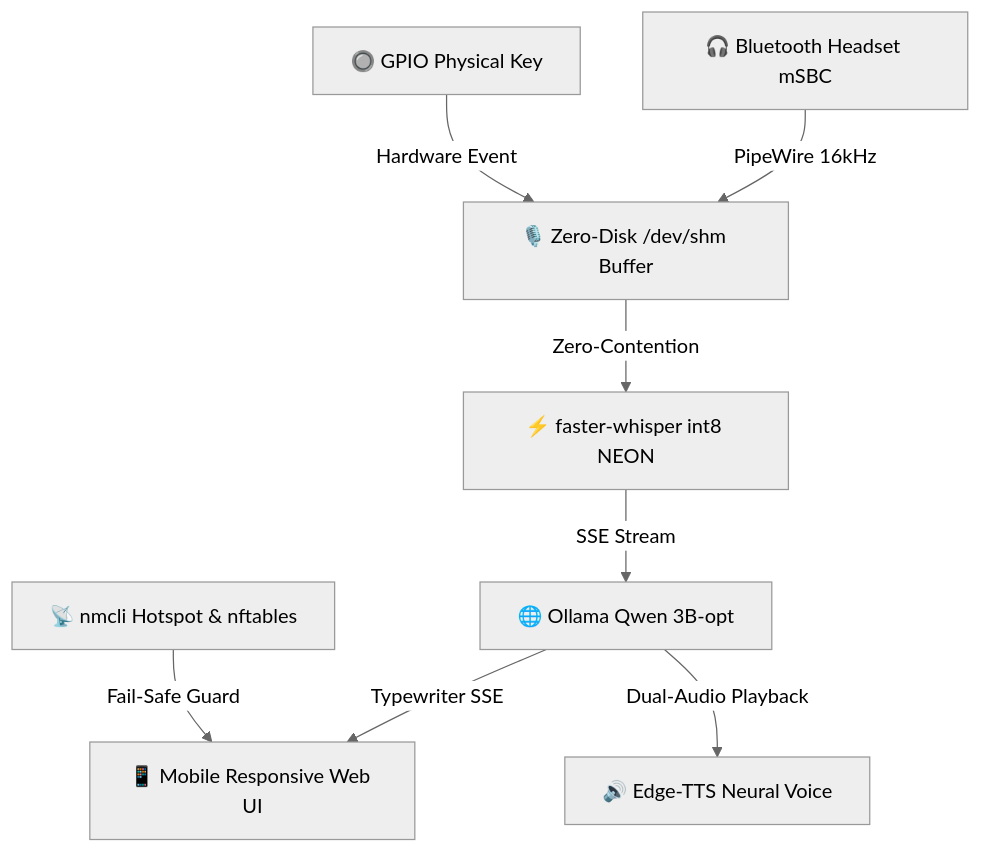
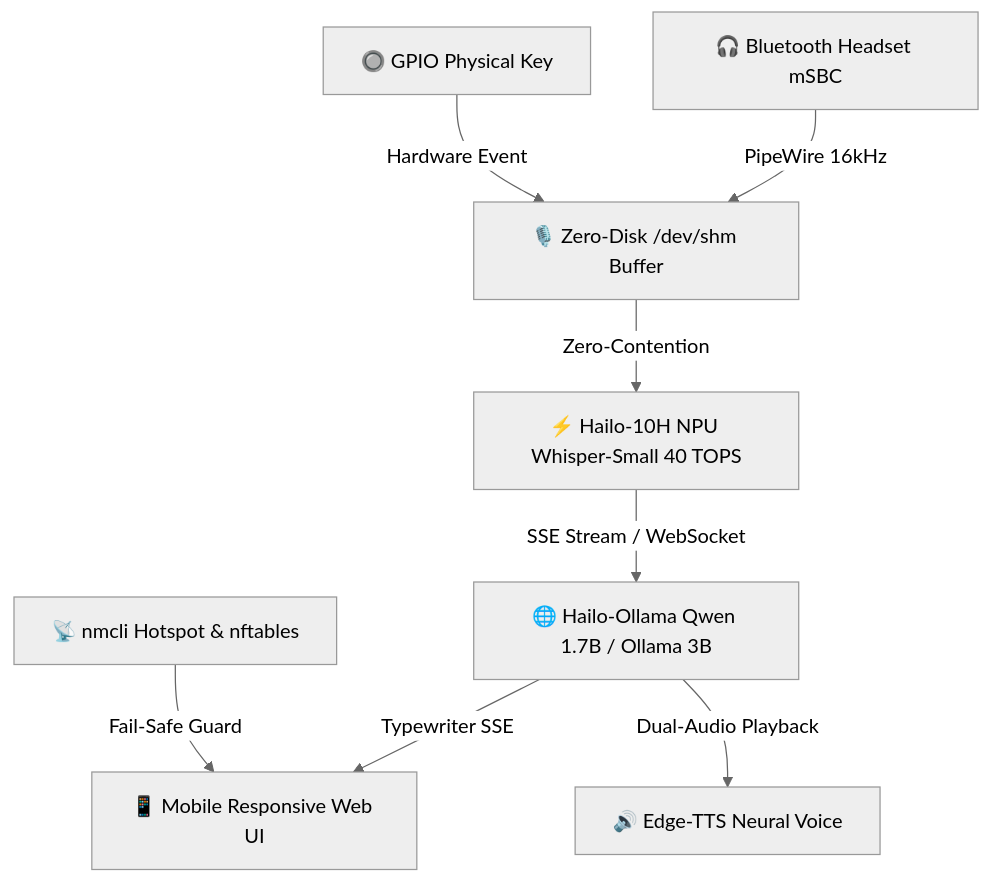
One commit to leemailto2008/pi5-hailo-localnote changed the diagram in README.md. Above: the diagram before and after it, drawn with Mermaid (neutral theme). The commit also changed other lines of this file, not shown here.

Commit message:
docs: add architecture and datapath diagram (ARCHITECTURE_AND_DATAPATH_20261019.jpg) to README

````diff
--- a/README.md
+++ b/README.md
@@ -16,10 +23,10 @@
 ```mermaid
 graph TD
     BT[🎧 Bluetooth Headset mSBC] -->|PipeWire 16kHz| CAP[🎙️ Zero-Disk /dev/shm Buffer]
-    CAP -->|Zero-Contention| STT[⚡ faster-whisper int8 NEON]
-    STT -->|SSE Stream| LLM[🌐 Ollama Qwen 3B-opt]
+    CAP -->|Zero-Contention| STT[⚡ Hailo-10H NPU Whisper-Small 40 TOPS]
+    STT -->|SSE Stream / WebSocket| LLM[🌐 Hailo-Ollama Qwen 1.7B / Ollama 3B]
     LLM -->|Typewriter SSE| WEB[📱 Mobile Responsive Web UI]
     LLM -->|Dual-Audio Playback| TTS[🔊 Edge-TTS Neural Voice]
     KEY[🔘 GPIO Physical Key] -->|Hardware Event| CAP
     WIFI[📡 nmcli Hotspot & nftables] -->|Fail-Safe Guard| WEB
 ```
````
